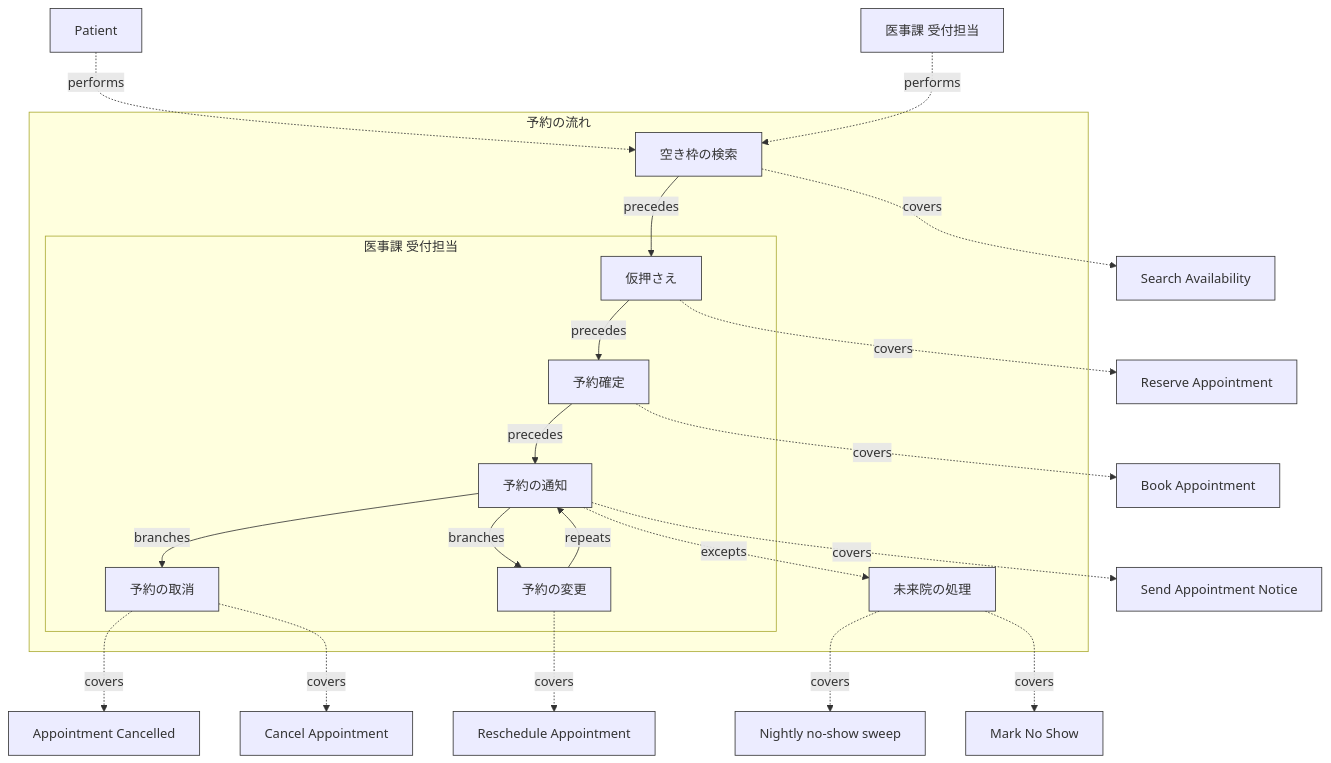
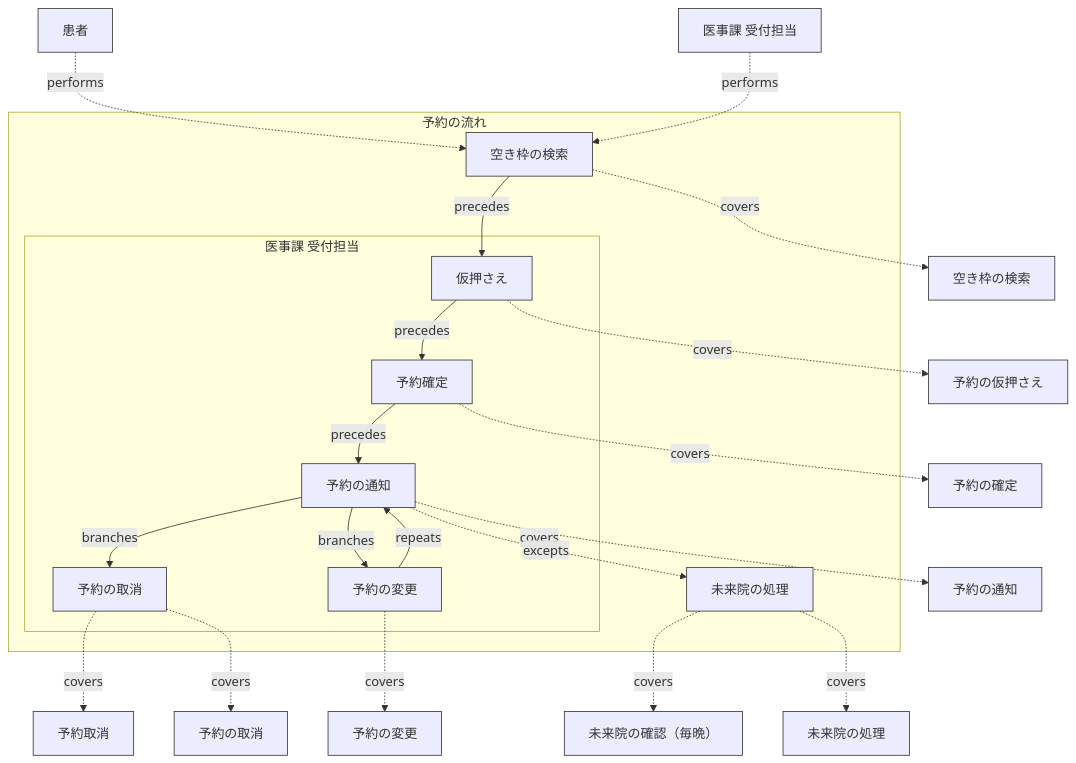
The sixth of 27 diagrams in samples/clinic-ops/design-sample.md (manji-0/rdra-ish-dsl), drawn with Mermaid before and after one commit. The commit also changed other lines of this file and 41 other files, not shown here.

````diff
--- a/samples/clinic-ops/design-sample.md
+++ b/samples/clinic-ops/design-sample.md
@@ -688,56 +688,56 @@
 ```mermaid
 %% rdra-ish diagram=flow scope=buc:BucAppointmentScheduling model=samples/clinic-ops
 %% kinds: flow step lane actor timer usecase event
 %% omitted: buc
 flowchart TD
   subgraph flow__AppointmentFlow["予約の流れ"]
     step__AvailabilityStep["空き枠の検索"]:::step
     step__NoShowStep["未来院の処理"]:::step
     subgraph lane__AppointmentFlow__ReceptionClerk["医事課 受付担当"]
       %% lane lane__AppointmentFlow__ReceptionClerk: actor__ReceptionClerk
       step__BookStep["予約確定"]:::step
       step__CancelStep["予約の取消"]:::step
       step__NoticeStep["予約の通知"]:::step
       step__RescheduleStep["予約の変更"]:::step
       step__ReserveStep["仮押さえ"]:::step
     end
   end
-  actor__Patient["Patient"]:::actor
-  %% desc actor__Patient: A person receiving care through the clinic.
+  actor__Patient["患者"]:::actor
+  %% desc actor__Patient: 病院で診療を受ける人。
   actor__ReceptionClerk["医事課 受付担当"]:::actor
   %% desc actor__ReceptionClerk: 初診・再診の受付、資格確認、紹介状の受付、予約を行う事務職員。
-  timer__NoShowSweep["Nightly no-show sweep"]:::timer
-  usecase__BookAppointment["Book Appointment"]:::usecase
-  usecase__CancelAppointment["Cancel Appointment"]:::usecase
-  usecase__MarkNoShow["Mark No Show"]:::usecase
-  usecase__RescheduleAppointment["Reschedule Appointment"]:::usecase
-  usecase__ReserveAppointment["Reserve Appointment"]:::usecase
-  usecase__SearchAvailability["Search Availability"]:::usecase
-  usecase__SendAppointmentNotice["Send Appointment Notice"]:::usecase
-  event__EvAppointmentCancelled["Appointment Cancelled"]:::event
+  timer__NoShowSweep["未来院の確認（毎晩）"]:::timer
+  usecase__BookAppointment["予約の確定"]:::usecase
+  usecase__CancelAppointment["予約の取消"]:::usecase
+  usecase__MarkNoShow["未来院の処理"]:::usecase
+  usecase__RescheduleAppointment["予約の変更"]:::usecase
+  usecase__ReserveAppointment["予約の仮押さえ"]:::usecase
+  usecase__SearchAvailability["空き枠の検索"]:::usecase
+  usecase__SendAppointmentNotice["予約の通知"]:::usecase
+  event__EvAppointmentCancelled["予約取消"]:::event
   actor__Patient -.->|performs| step__AvailabilityStep
   actor__ReceptionClerk -.->|performs| step__AvailabilityStep
   step__AvailabilityStep -.->|covers| usecase__SearchAvailability
   step__AvailabilityStep -->|precedes| step__ReserveStep
   step__BookStep -.->|covers| usecase__BookAppointment
   step__BookStep -->|precedes| step__NoticeStep
   step__CancelStep -.->|covers| event__EvAppointmentCancelled
   step__CancelStep -.->|covers| usecase__CancelAppointment
   step__NoShowStep -.->|covers| timer__NoShowSweep
   step__NoShowStep -.->|covers| usecase__MarkNoShow
   step__NoticeStep -->|branches| step__CancelStep
   step__NoticeStep -->|branches| step__RescheduleStep
   step__NoticeStep -.->|covers| usecase__SendAppointmentNotice
   step__NoticeStep -.->|excepts| step__NoShowStep
   step__RescheduleStep -.->|covers| usecase__RescheduleAppointment
   step__RescheduleStep -->|repeats| step__NoticeStep
   step__ReserveStep -.->|covers| usecase__ReserveAppointment
   step__ReserveStep -->|precedes| step__BookStep
   classDef flow stroke:#333;
   classDef step stroke:#333;
   classDef lane stroke:#333;
   classDef actor stroke:#333;
   classDef timer stroke:#333;
   classDef usecase stroke:#333;
   classDef event stroke:#333;
 ```
````
